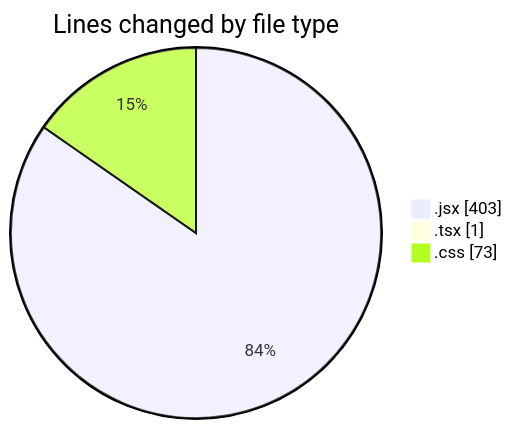
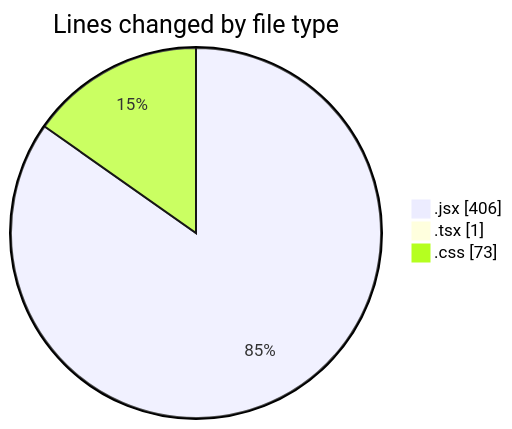
The first of 2 diagrams in 2025-02-10/react_ecom/README.md (Elitesun/code-tracking), drawn with Mermaid before and after one commit. The commit also changed other lines of this file and 1 other file, not shown here.

````diff
--- a/2025-02-10/react_ecom/README.md
+++ b/2025-02-10/react_ecom/README.md
@@ -29,7 +29,7 @@
 ```mermaid
 pie showData
 title Lines changed by file type
-".jsx" : 403
+".jsx" : 406
 ".tsx" : 1
 ".css" : 73
 ```
````
